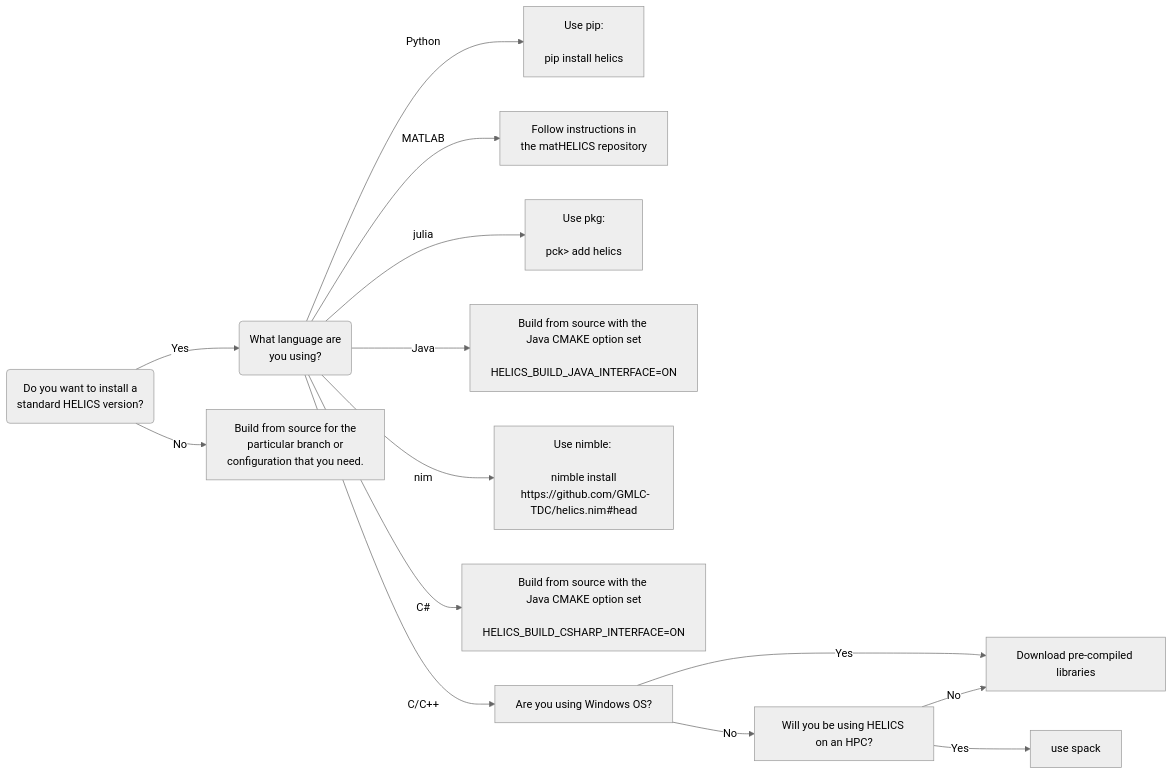
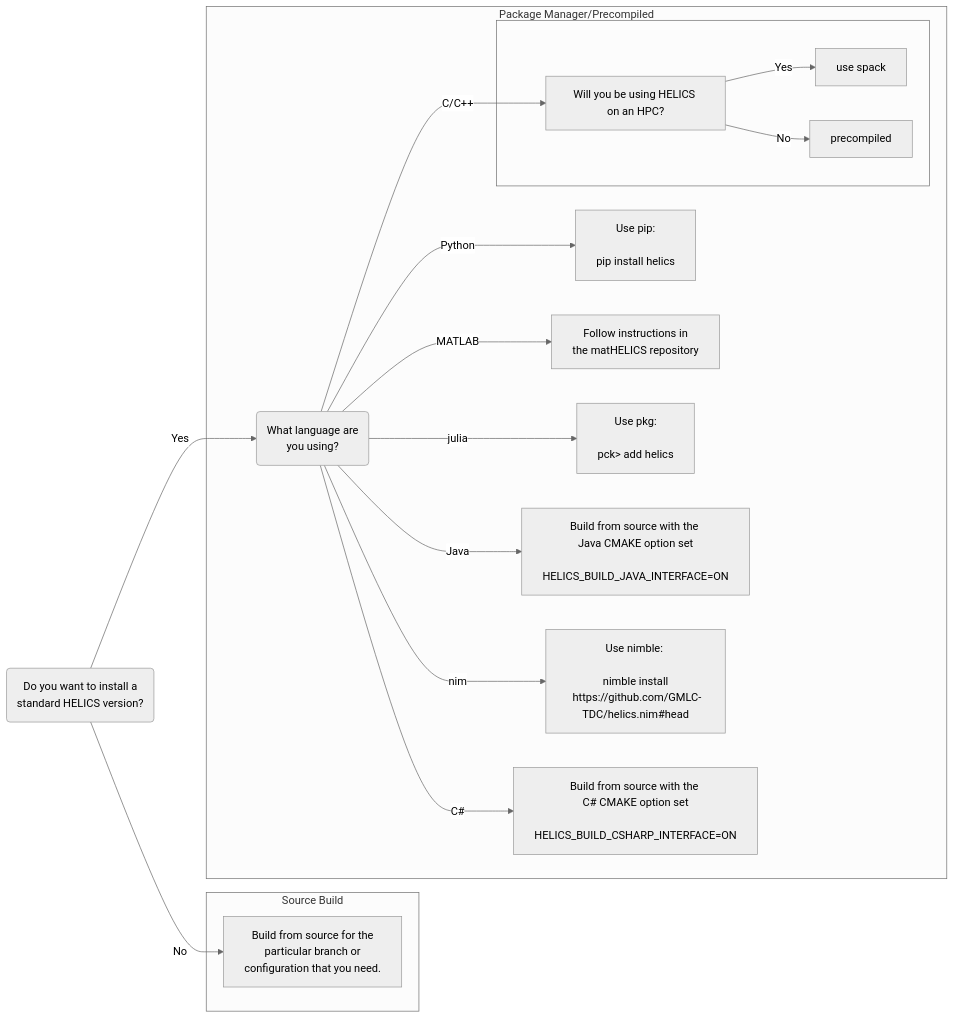
One commit to GMLC-TDC/HELICS changed the diagram in docs/user-guide/installation/index.md. Above: the diagram before and after it, drawn with Mermaid. The commit also changed other lines of this file, not shown here.

Commit message:
Update installation flowchart to use subgraphs for a better layout

````diff
--- a/docs/user-guide/installation/index.md
+++ b/docs/user-guide/installation/index.md
@@ -20,25 +20,32 @@
 ```{mermaid}
 %%{init: {'theme': 'neutral'}}%%
 graph LR
-    Start(Do you want to install a <br/> standard HELICS version?) -->|Yes| languageChoice(What language are <br/> you using?)
-    Start -->|No| C[Build from source for the <br> particular branch or <br/> configuration that you need.]
-    languageChoice -->|Python| python[Use pip: <br><br> pip install helics]
-    languageChoice -->|MATLAB| matlab[Follow instructions in <br> the matHELICS repository]
-    languageChoice -->|julia| julia[Use pkg: <br><br> pck> add helics]
-    languageChoice -->|Java| java[Build from source with the <br> Java CMAKE option set <br><br>HELICS_BUILD_JAVA_INTERFACE=ON]
-    languageChoice -->|nim| nim[Use nimble: <br><br> nimble install <br> https://github.com/GMLC-TDC/helics.nim#head]
-    languageChoice -->|C#| csharp[Build from source with the <br> Java CMAKE option set <br><br>HELICS_BUILD_CSHARP_INTERFACE=ON]
-    languageChoice -->|C/C++| usingWindows[Are you using Windows OS?]
-    usingWindows --> |Yes| precompiled[Download pre-compiled libraries]
-    usingWindows --> |No| hpc[Will you be using HELICS on an HPC?]
-    hpc --> |Yes| spack[use spack]
-    hpc --> |No| precompiled
+    Start(Do you want to install a <br/> standard HELICS version?) -->|Yes| languageChoice
+    Start -->|No| C
+    subgraph Source Build
+        C[Build from source for the <br> particular branch or <br/> configuration that you need.]
+    end
+    subgraph Package Manager/Precompiled
+        languageChoice(What language are <br/> you using?)
+        languageChoice -->|Python| python[Use pip: <br><br> pip install helics]
+        languageChoice -->|MATLAB| matlab[Follow instructions in <br> the matHELICS repository]
+        languageChoice -->|julia| julia[Use pkg: <br><br> pck> add helics]
+        languageChoice -->|Java| java[Build from source with the <br> Java CMAKE option set <br><br>HELICS_BUILD_JAVA_INTERFACE=ON]
+        languageChoice -->|nim| nim[Use nimble: <br><br> nimble install <br> https://github.com/GMLC-TDC/helics.nim#head]
+        languageChoice -->|C#| csharp[Build from source with the <br> C# CMAKE option set <br><br>HELICS_BUILD_CSHARP_INTERFACE=ON]
+        languageChoice -->|C/C++| hpc
+        subgraph &nbsp;
+            hpc[Will you be using HELICS on an HPC?]
+            hpc --> |Yes| spack[use spack]
+            hpc --> |No| precompiled
+        end
+    end
     click python "https://python.helics.org/installation/" "pyhelics installation guide"
     click matlab "https://github.com/GMLC-TDC/matHELICS/blob/main/README.md" "matHELICS installation guide"
     click julia "https://github.com/GMLC-TDC/HELICS.jl/blob/master/README.md" "HELICS.jl installation guide"
     click java "https://docs.helics.org/en/latest/user-guide/installation/build_from_source.html" "jHELICS installation guide"
     click nim "https://github.com/GMLC-TDC/helics.nim/blob/master/README.md" "nim installation guide"
     click csharp "https://docs.helics.org/en/latest/user-guide/installation/build_from_source.html" "C# installation guide"
     click precompiled "https://docs.helics.org/en/latest/user-guide/installation/installing_the_pre_compiled_libraries.html" "precompiled libraries installation guide"
     click spack "https://docs.helics.org/en/latest/user-guide/installation/spack.html" "spack installation guide"
 ```
````
